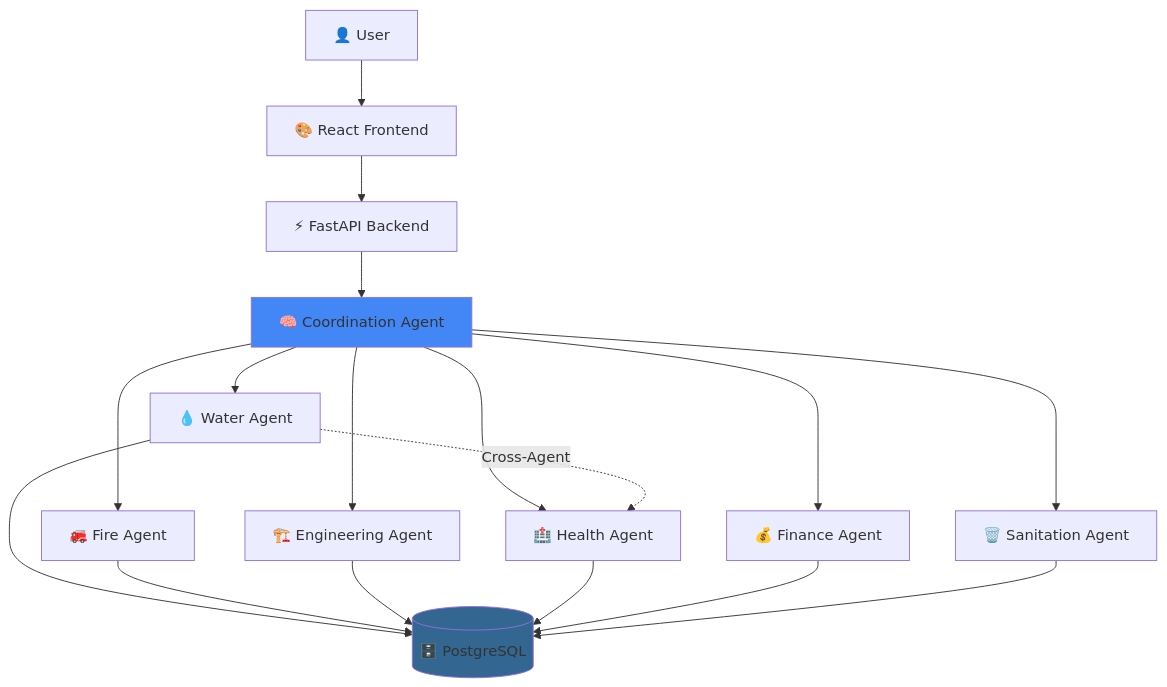
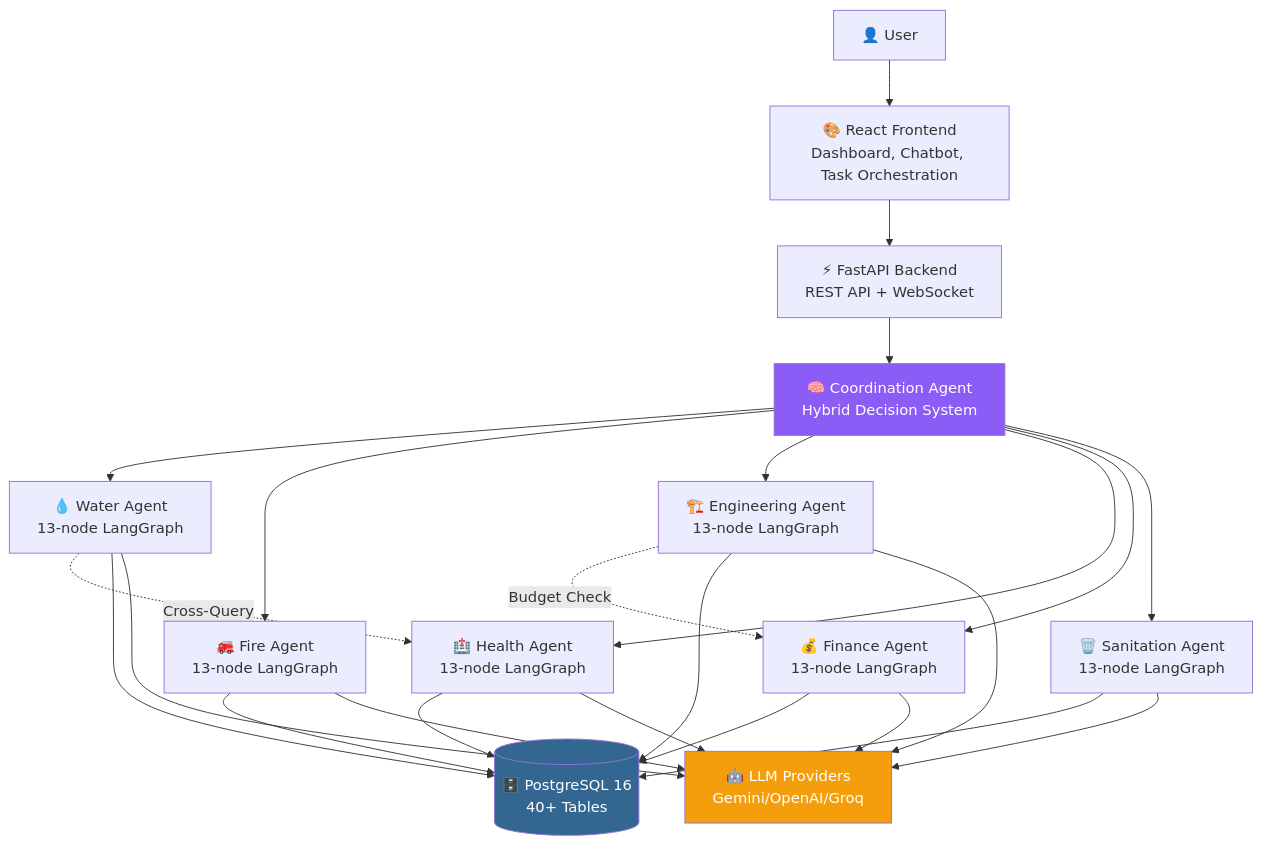
Before and after one commit to varshneytarang/City-Governance-System: the first of 2 diagrams in README.md, drawn with Mermaid. The commit also changed other lines of this file, not shown here.

````diff
--- a/README.md
+++ b/README.md
@@ -48,25 +99,34 @@
 ```mermaid
 graph TB
-    User[👤 User] --> Frontend[🎨 React Frontend]
-    Frontend --> API[⚡ FastAPI Backend]
-    API --> Coordinator[🧠 Coordination Agent]
+    User[👤 User] --> Frontend[🎨 React Frontend<br/>Dashboard, Chatbot, Task Orchestration]
+    Frontend --> API[⚡ FastAPI Backend<br/>REST API + WebSocket]
+    API --> Coordinator[🧠 Coordination Agent<br/>Hybrid Decision System]
     
-    Coordinator --> Water[💧 Water Agent]
-    Coordinator --> Fire[🚒 Fire Agent]
-    Coordinator --> Engineering[🏗️ Engineering Agent]
-    Coordinator --> Health[🏥 Health Agent]
-    Coordinator --> Finance[💰 Finance Agent]
-    Coordinator --> Sanitation[🗑️ Sanitation Agent]
+    Coordinator --> Water[💧 Water Agent<br/>13-node LangGraph]
+    Coordinator --> Fire[🚒 Fire Agent<br/>13-node LangGraph]
+    Coordinator --> Engineering[🏗️ Engineering Agent<br/>13-node LangGraph]
+    Coordinator --> Health[🏥 Health Agent<br/>13-node LangGraph]
+    Coordinator --> Finance[💰 Finance Agent<br/>13-node LangGraph]
+    Coordinator --> Sanitation[🗑️ Sanitation Agent<br/>13-node LangGraph]
     
-    Water -.Cross-Agent.-> Health
+    Water -.Cross-Query.-> Health
+    Engineering -.Budget Check.-> Finance
     
-    Water --> DB[(🗄️ PostgreSQL)]
+    Water --> DB[(🗄️ PostgreSQL 16<br/>40+ Tables)]
     Fire --> DB
     Engineering --> DB
     Health --> DB
     Finance --> DB
     Sanitation --> DB
     
-    style Coordinator fill:#4287f5
-    style DB fill:#336791
+    Water --> LLM[🤖 LLM Providers<br/>Gemini/OpenAI/Groq]
+    Fire --> LLM
+    Engineering --> LLM
+    Health --> LLM
+    Finance --> LLM
+    Sanitation --> LLM
+    
+    style Coordinator fill:#8b5cf6,color:#fff
+    style DB fill:#336791,color:#fff
+    style LLM fill:#f59e0b,color:#fff
 ```
````
